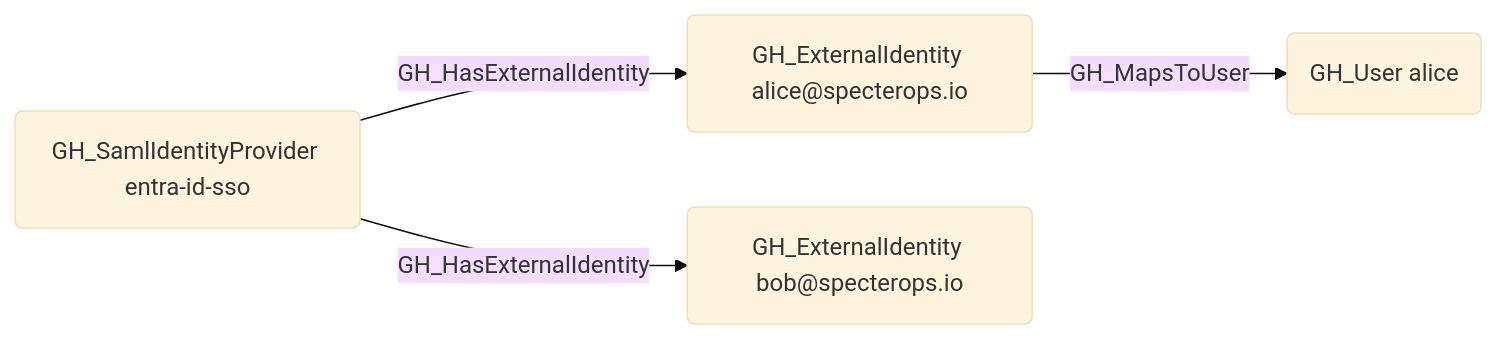
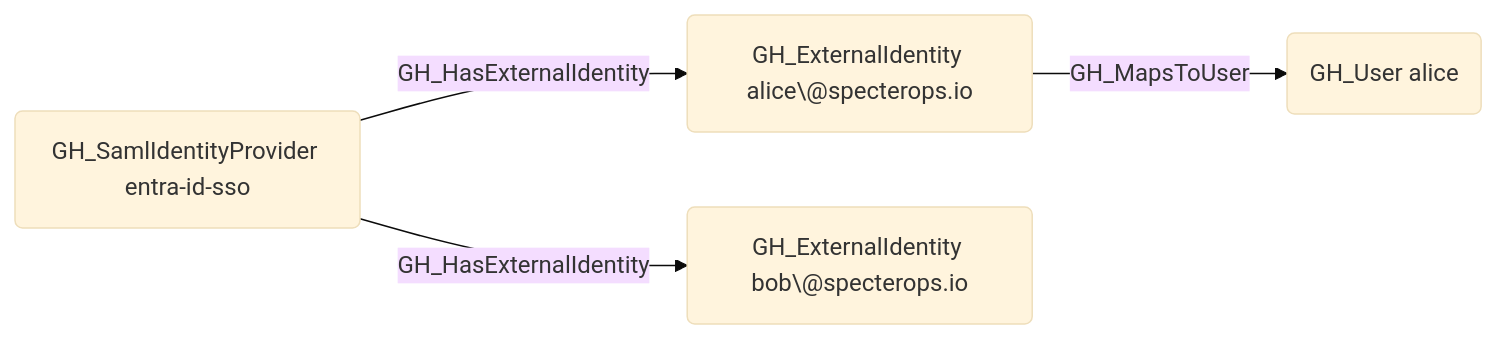
One commit to SpecterOps/bloodhound-docs changed the diagram in docs/opengraph/extensions/githound/reference/edges/gh_hasexternalidentity.mdx. Above: the diagram before and after it, drawn with Mermaid (base theme). The commit also changed 5 other files, not shown here.

Commit message:
fix mermaid diagrams with @

````diff
--- a/docs/opengraph/extensions/githound/reference/edges/gh_hasexternalidentity.mdx
+++ b/docs/opengraph/extensions/githound/reference/edges/gh_hasexternalidentity.mdx
@@ -18,10 +18,10 @@
 ```mermaid
 graph LR
     node1("GH_SamlIdentityProvider entra-id-sso")
-    node2("GH_ExternalIdentity alice@specterops.io")
-    node3("GH_ExternalIdentity bob@specterops.io")
+    node2("GH_ExternalIdentity alice\@specterops.io")
+    node3("GH_ExternalIdentity bob\@specterops.io")
     node4("GH_User alice")
     node1 -- GH_HasExternalIdentity --> node2
     node1 -- GH_HasExternalIdentity --> node3
     node2 -- GH_MapsToUser --> node4
 ```
````
